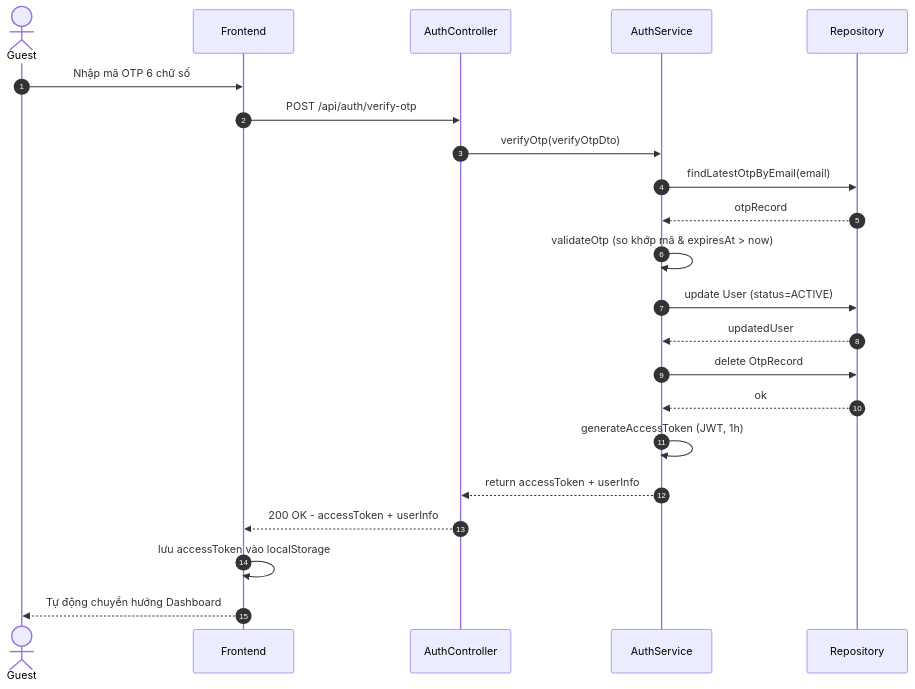
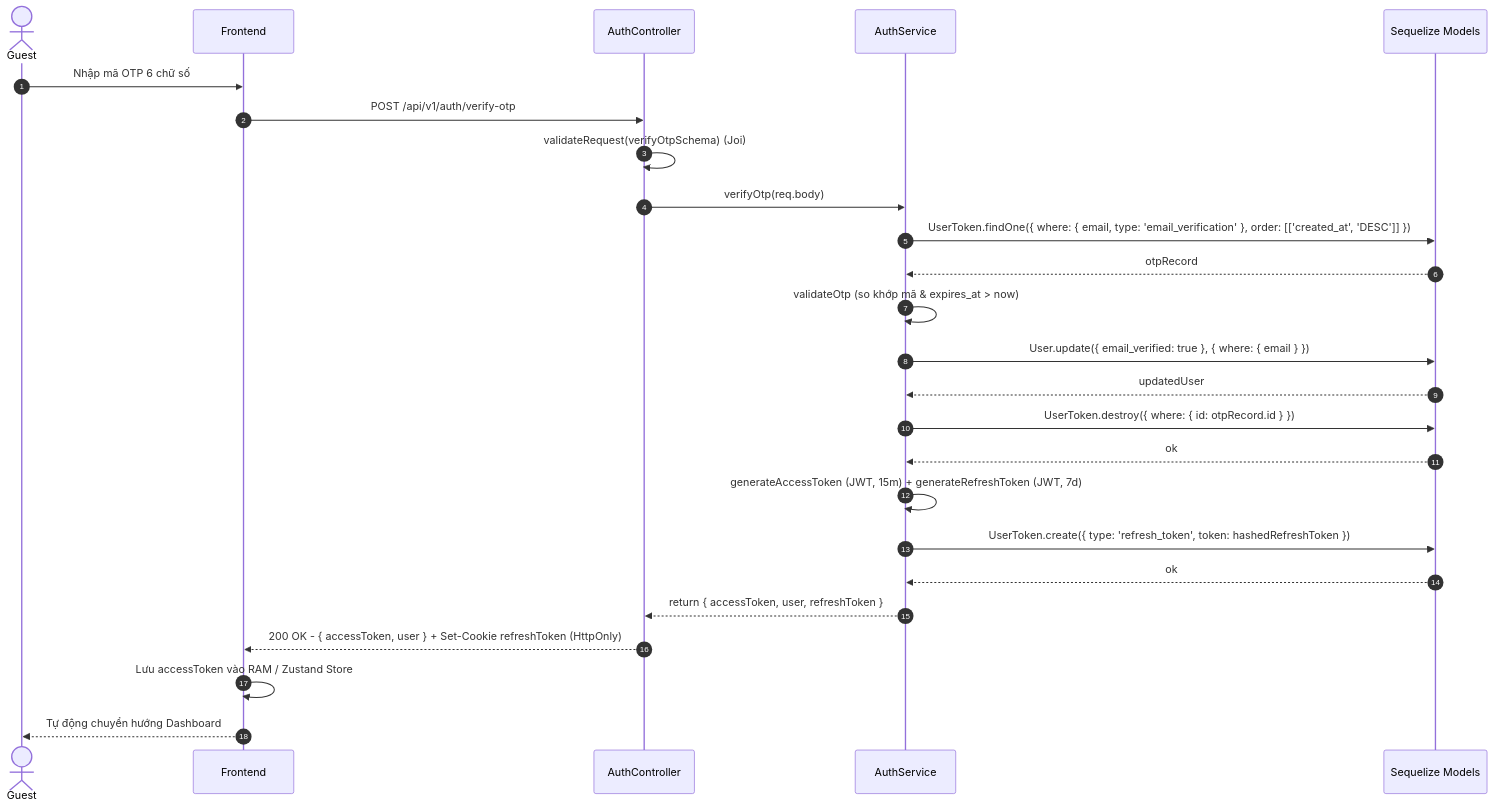
The third of 4 diagrams in docs/sequences/seq-auth-001.md (dunghvd79/eduverse), drawn with Mermaid before and after one commit. The commit also changed other lines of this file and 11 other files, not shown here.

Commit message:
docs: synchronize sequence diagrams and API conventions to Express.js and Sequelize

````diff
--- a/docs/sequences/seq-auth-001.md
+++ b/docs/sequences/seq-auth-001.md
@@ -88,30 +89,33 @@
 ```mermaid
 sequenceDiagram
     autonumber
     actor User as Guest
     participant FE as Frontend
     participant CTRL as AuthController
     participant SVC as AuthService
-    participant DB as Repository
+    participant DB as Sequelize Models
 
     User->>FE: Nhập mã OTP 6 chữ số
-    FE->>CTRL: POST /api/auth/verify-otp
-    CTRL->>SVC: verifyOtp(verifyOtpDto)
+    FE->>CTRL: POST /api/v1/auth/verify-otp
+    CTRL->>CTRL: validateRequest(verifyOtpSchema) (Joi)
+    CTRL->>SVC: verifyOtp(req.body)
 
-    SVC->>DB: findLatestOtpByEmail(email)
+    SVC->>DB: UserToken.findOne({ where: { email, type: 'email_verification' }, order: [['created_at', 'DESC']] })
     DB-->>SVC: otpRecord
 
-    SVC->>SVC: validateOtp (so khớp mã & expiresAt > now)
-    SVC->>DB: update User (status=ACTIVE)
+    SVC->>SVC: validateOtp (so khớp mã & expires_at > now)
+    SVC->>DB: User.update({ email_verified: true }, { where: { email } })
     DB-->>SVC: updatedUser
 
-    SVC->>DB: delete OtpRecord
+    SVC->>DB: UserToken.destroy({ where: { id: otpRecord.id } })
     DB-->>SVC: ok
 
-    SVC->>SVC: generateAccessToken (JWT, 1h)
-    SVC-->>CTRL: return accessToken + userInfo
+    SVC->>SVC: generateAccessToken (JWT, 15m) + generateRefreshToken (JWT, 7d)
+    SVC->>DB: UserToken.create({ type: 'refresh_token', token: hashedRefreshToken })
+    DB-->>SVC: ok
+    SVC-->>CTRL: return { accessToken, user, refreshToken }
 
-    CTRL-->>FE: 200 OK - accessToken + userInfo
-    FE->>FE: lưu accessToken vào localStorage
+    CTRL-->>FE: 200 OK - { accessToken, user } + Set-Cookie refreshToken (HttpOnly)
+    FE->>FE: Lưu accessToken vào RAM / Zustand Store
     FE-->>User: Tự động chuyển hướng Dashboard
 ```
````
